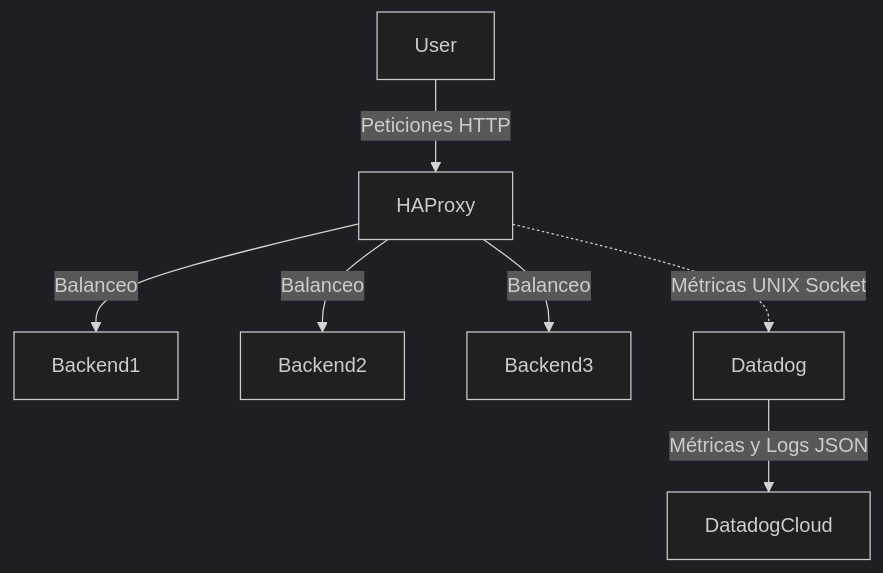
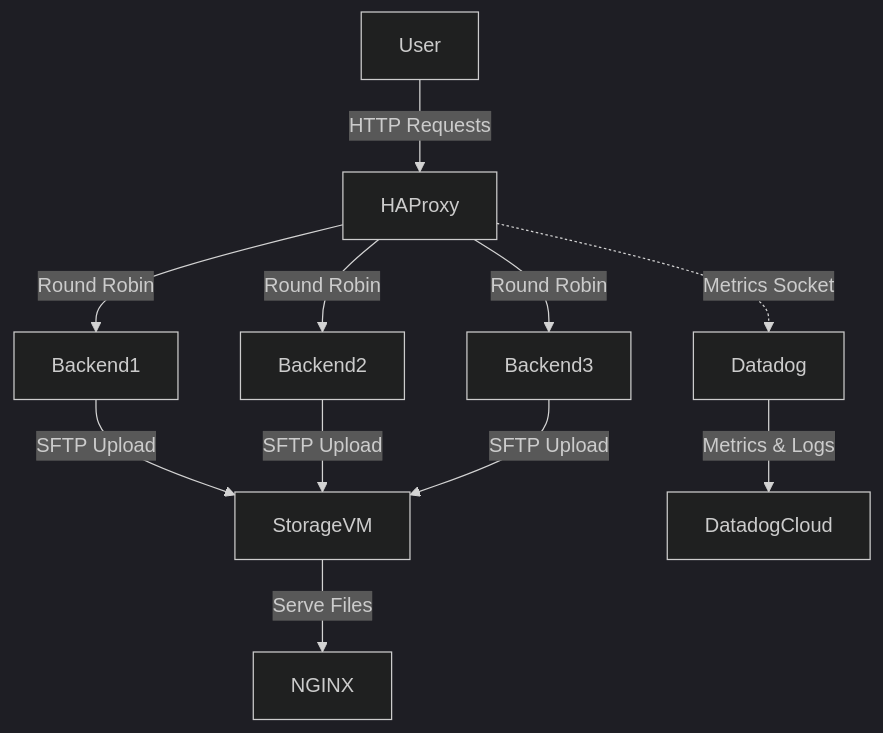
Before and after one commit to Katar012/proyecto8-haproxy-datadog: the diagram in README.md, drawn with Mermaid (dark theme). The commit also changed other lines of this file, not shown here.

````diff
--- a/README.md
+++ b/README.md
@@ -7,9 +7,18 @@
 ```mermaid
 graph TD;
-    User-->|Peticiones HTTP| HAProxy;
-    HAProxy-->|Balanceo| Backend1;
-    HAProxy-->|Balanceo| Backend2;
-    HAProxy-->|Balanceo| Backend3;
-    HAProxy-.->|Métricas UNIX Socket| Datadog;
-    Datadog-->|Métricas y Logs JSON| DatadogCloud;
+
+    User -->|HTTP Requests| HAProxy
+
+    HAProxy -->|Round Robin| Backend1
+    HAProxy -->|Round Robin| Backend2
+    HAProxy -->|Round Robin| Backend3
+
+    Backend1 -->|SFTP Upload| StorageVM
+    Backend2 -->|SFTP Upload| StorageVM
+    Backend3 -->|SFTP Upload| StorageVM
+
+    StorageVM -->|Serve Files| NGINX
+
+    HAProxy -.->|Metrics Socket| Datadog
+    Datadog -->|Metrics & Logs| DatadogCloud
 ```
````
